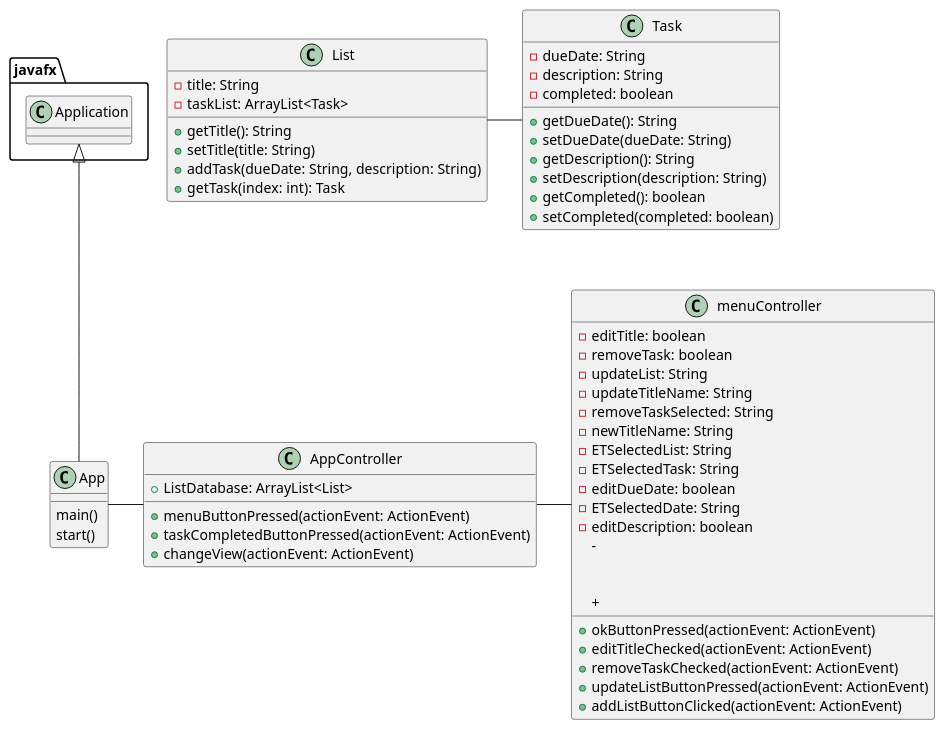
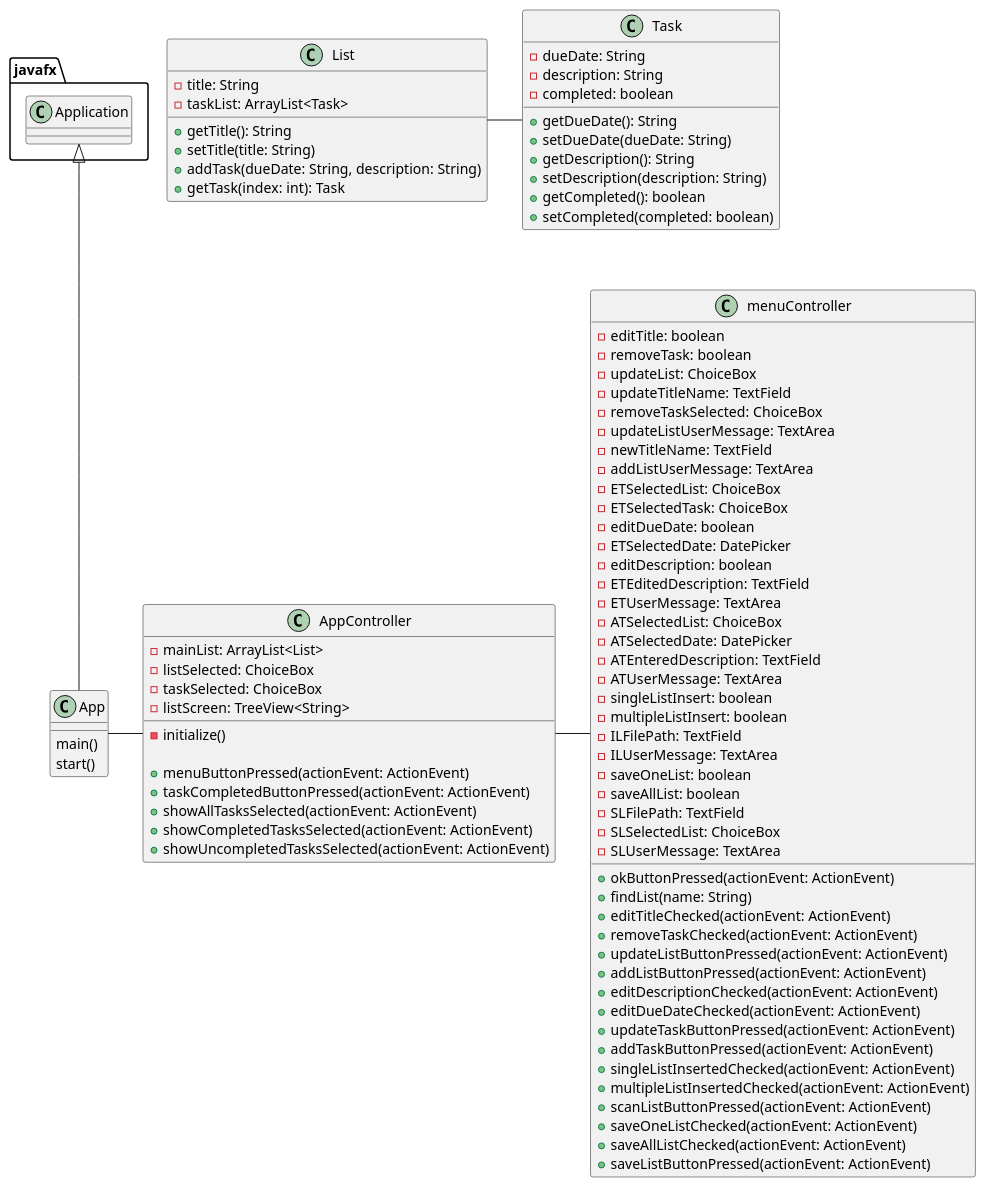
Before and after one commit to ashley-m0/OOP-Assignment4: the diagram in uml/AppDiagram.puml, drawn with PlantUML. The commit also changed 2 other files, not shown here.

```diff
--- a/uml/AppDiagram.puml
+++ b/uml/AppDiagram.puml
@@ -1,71 +1,101 @@
 @startuml
 'https://plantuml.com/sequence-diagram
 
 class App{
     main()
     start()
 }
 
 class AppController{
-    + ListDatabase: ArrayList<List>
+    - mainList: ArrayList<List>
+    - listSelected: ChoiceBox
+    - taskSelected: ChoiceBox
+    - listScreen: TreeView<String>
+    - initialize()
 
     + menuButtonPressed(actionEvent: ActionEvent)
     + taskCompletedButtonPressed(actionEvent: ActionEvent)
-    + changeView(actionEvent: ActionEvent)
+    + showAllTasksSelected(actionEvent: ActionEvent)
+    + showCompletedTasksSelected(actionEvent: ActionEvent)
+    + showUncompletedTasksSelected(actionEvent: ActionEvent)
 
 }
 
 class List{
     - title: String
     - taskList: ArrayList<Task>
 
     + getTitle(): String
     + setTitle(title: String)
     + addTask(dueDate: String, description: String)
     + getTask(index: int): Task
 }
 
 class menuController{
 
     - editTitle: boolean
     - removeTask: boolean
-    - updateList: String
-    - updateTitleName: String
-    - removeTaskSelected: String
-    - newTitleName: String
-    - ETSelectedList: String
-    - ETSelectedTask: String
+    - updateList: ChoiceBox
+    - updateTitleName: TextField
+    - removeTaskSelected: ChoiceBox
+    - updateListUserMessage: TextArea
+    - newTitleName: TextField
+    - addListUserMessage: TextArea
+    - ETSelectedList: ChoiceBox
+    - ETSelectedTask: ChoiceBox
     - editDueDate: boolean
-    - ETSelectedDate: String
+    - ETSelectedDate: DatePicker
     - editDescription: boolean
-    -
-
+    - ETEditedDescription: TextField
+    - ETUserMessage: TextArea
+    - ATSelectedList: ChoiceBox
+    - ATSelectedDate: DatePicker
+    - ATEnteredDescription: TextField
+    - ATUserMessage: TextArea
+    - singleListInsert: boolean
+    - multipleListInsert: boolean
+    - ILFilePath: TextField
+    - ILUserMessage: TextArea
+    - saveOneList: boolean
+    - saveAllList: boolean
+    - SLFilePath: TextField
+    - SLSelectedList: ChoiceBox
+    - SLUserMessage: TextArea
 
     + okButtonPressed(actionEvent: ActionEvent)
+    + findList(name: String)
     + editTitleChecked(actionEvent: ActionEvent)
     + removeTaskChecked(actionEvent: ActionEvent)
     + updateListButtonPressed(actionEvent: ActionEvent)
-    + addListButtonClicked(actionEvent: ActionEvent)
-    +
-
+    + addListButtonPressed(actionEvent: ActionEvent)
+    + editDescriptionChecked(actionEvent: ActionEvent)
+    + editDueDateChecked(actionEvent: ActionEvent)
+    + updateTaskButtonPressed(actionEvent: ActionEvent)
+    + addTaskButtonPressed(actionEvent: ActionEvent)
+    + singleListInsertedChecked(actionEvent: ActionEvent)
+    + multipleListInsertedChecked(actionEvent: ActionEvent)
+    + scanListButtonPressed(actionEvent: ActionEvent)
+    + saveOneListChecked(actionEvent: ActionEvent)
+    + saveAllListChecked(actionEvent: ActionEvent)
+    + saveListButtonPressed(actionEvent: ActionEvent)
 }
 
 class Task{
     - dueDate: String
     - description: String
     - completed: boolean
 
     + getDueDate(): String
     + setDueDate(dueDate: String)
     + getDescription(): String
     + setDescription(description: String)
     + getCompleted(): boolean
     + setCompleted(completed: boolean)
 }
 
 javafx.Application <|-- App
 
 App -  AppController
 AppController - menuController
 List - Task
 @enduml
```
